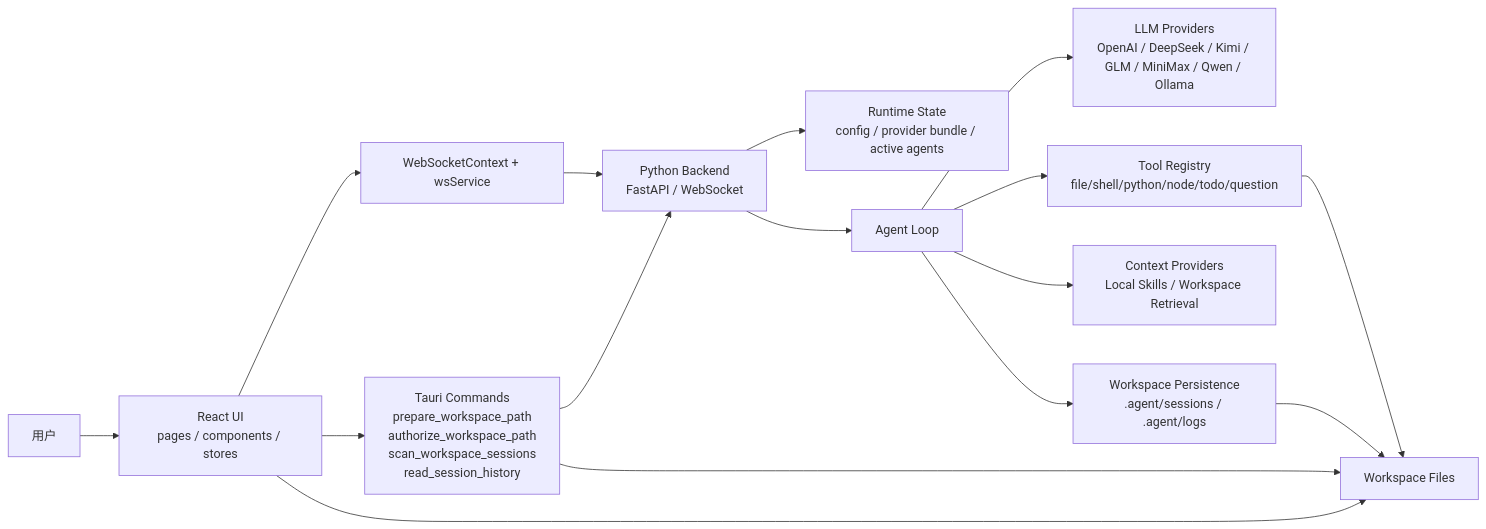
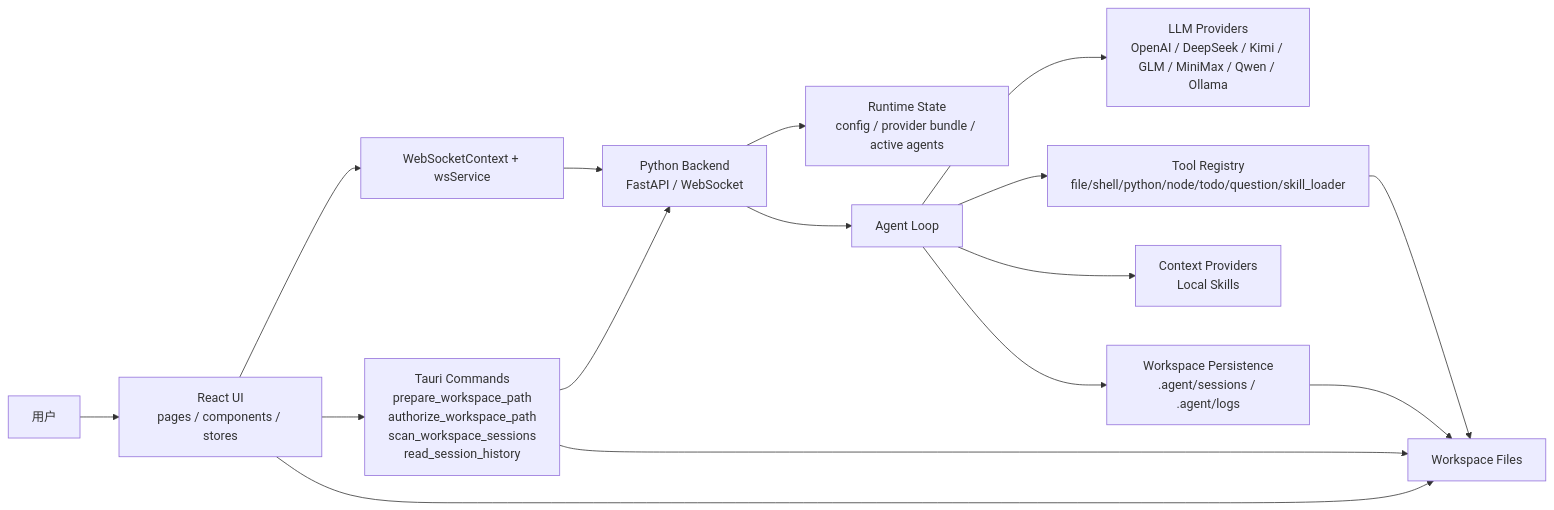
The first of 5 diagrams in architecture.md (ChqJourney/simple_agent), drawn with Mermaid before and after one commit. The commit also changed other lines of this file and 42 other files, not shown here.

Commit message:
fix:skill system adjustment and retrieval deleted

````diff
--- a/architecture.md
+++ b/architecture.md
@@ -22,20 +22,20 @@
 ```mermaid
 flowchart LR
     User["用户"] --> UI["React UI<br/>pages / components / stores"]
     UI --> WS["WebSocketContext + wsService"]
     UI --> Tauri["Tauri Commands<br/>prepare_workspace_path<br/>authorize_workspace_path<br/>scan_workspace_sessions<br/>read_session_history"]
     WS --> Backend["Python Backend<br/>FastAPI / WebSocket"]
     Tauri --> Backend
 
     Backend --> Runtime["Runtime State<br/>config / provider bundle / active agents"]
     Backend --> Agent["Agent Loop"]
     Agent --> LLM["LLM Providers<br/>OpenAI / DeepSeek / Kimi / GLM / MiniMax / Qwen / Ollama"]
-    Agent --> Tools["Tool Registry<br/>file/shell/python/node/todo/question"]
-    Agent --> Context["Context Providers<br/>Local Skills / Workspace Retrieval"]
+    Agent --> Tools["Tool Registry<br/>file/shell/python/node/todo/question/skill_loader"]
+    Agent --> Context["Context Providers<br/>Local Skills"]
     Agent --> Persist["Workspace Persistence<br/>.agent/sessions / .agent/logs"]
 
     Tools --> Workspace["Workspace Files"]
     Persist --> Workspace
     Tauri --> Workspace
     UI --> Workspace
 ```
````
